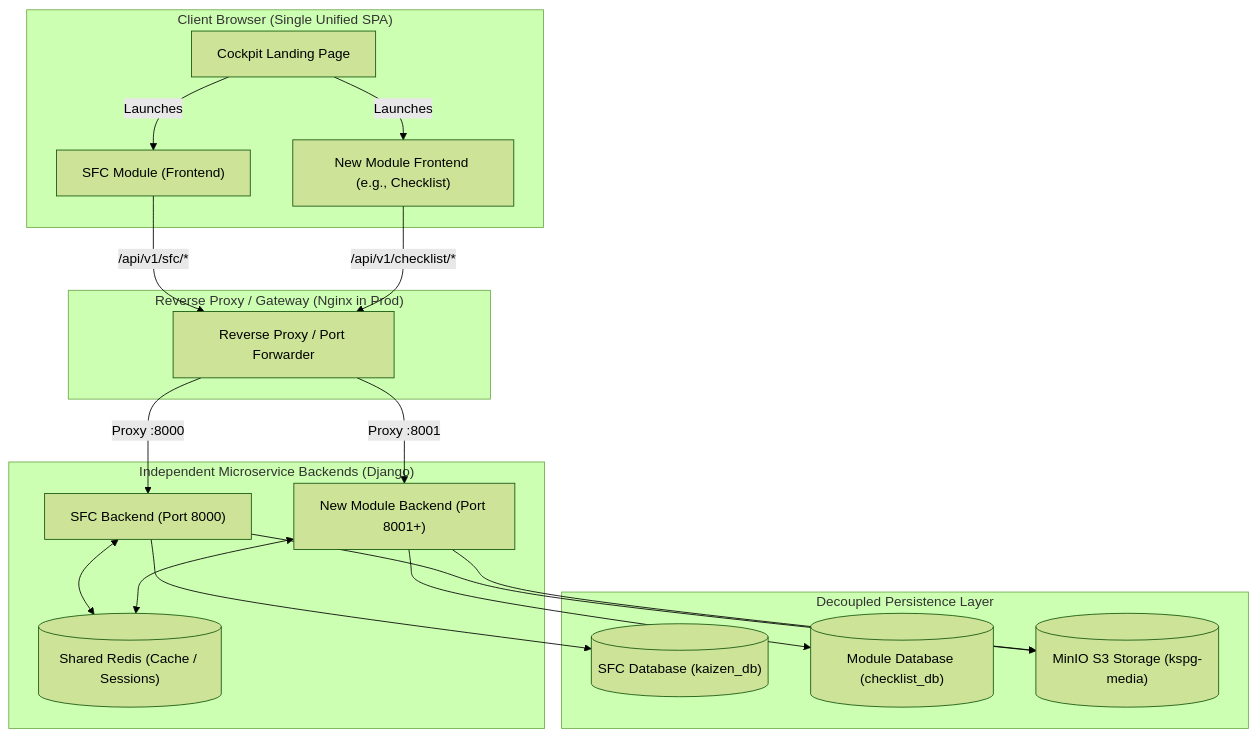
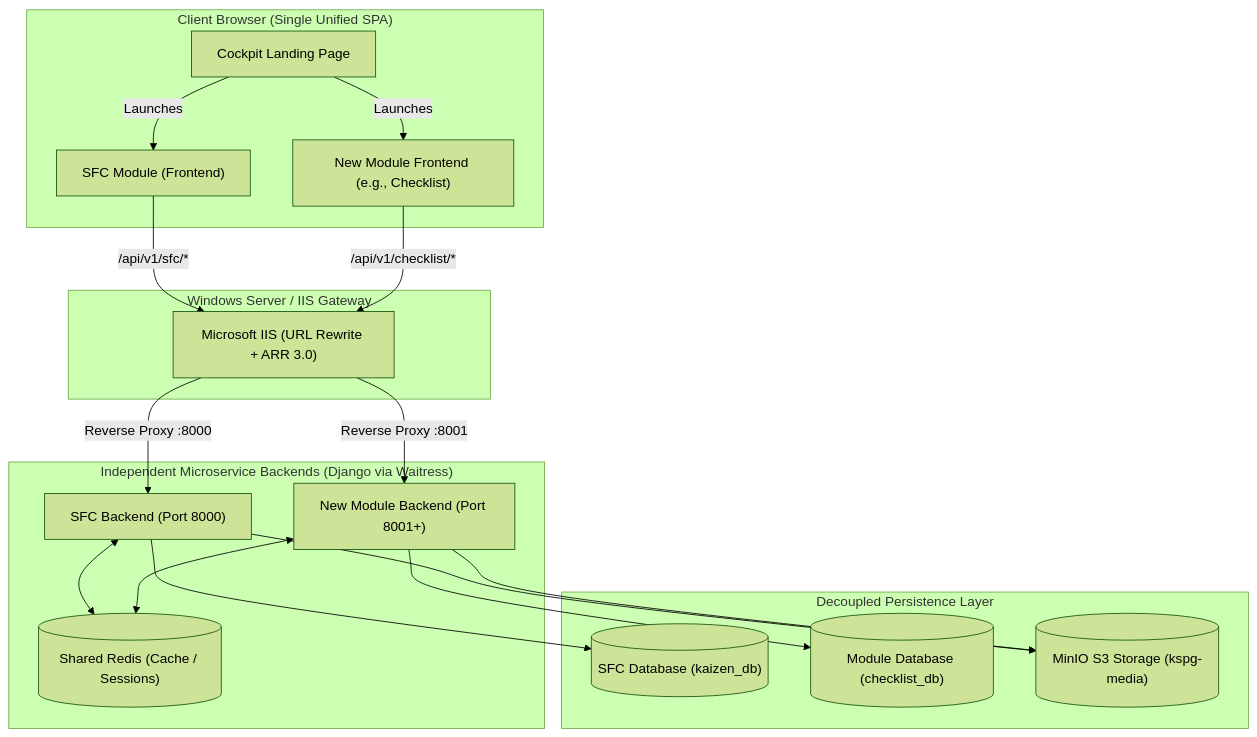
The diagram in MODULE_INTEGRATION_SPEC.md (Swaraj-24112006/KSPGCockpit), drawn with Mermaid (forest theme) before and after one commit. The commit also changed other lines of this file and 11 other files, not shown here.

Commit message:
feat: implement PPSR presentation mode, spec limit graph components, and backend persistence models

````diff
--- a/MODULE_INTEGRATION_SPEC.md
+++ b/MODULE_INTEGRATION_SPEC.md
@@ -14,40 +14,40 @@
 ```mermaid
 graph TD
     subgraph Client ["Client Browser (Single Unified SPA)"]
         Landing["Cockpit Landing Page"]
         SFC_FE["SFC Module (Frontend)"]
         CHK_FE["New Module Frontend (e.g., Checklist)"]
     end
 
-    subgraph Gateway ["Reverse Proxy / Gateway (Nginx in Prod)"]
-        Nginx["Reverse Proxy / Port Forwarder"]
+    subgraph Gateway ["Windows Server / IIS Gateway"]
+        IIS["Microsoft IIS (URL Rewrite + ARR 3.0)"]
     end
 
-    subgraph Backends ["Independent Microservice Backends (Django)"]
+    subgraph Backends ["Independent Microservice Backends (Django via Waitress)"]
         SFC_BE["SFC Backend (Port 8000)"]
         CHK_BE["New Module Backend (Port 8001+)"]
         Redis[("Shared Redis (Cache / Sessions)")]
     end
 
     subgraph Persistence ["Decoupled Persistence Layer"]
         DB1[("SFC Database (kaizen_db)")]
         DB2[("Module Database (checklist_db)")]
         MinIO[("MinIO S3 Storage (kspg-media)")]
     end
 
     Landing -->|Launches| SFC_FE
     Landing -->|Launches| CHK_FE
 
-    SFC_FE -->|/api/v1/sfc/*| Nginx
-    CHK_FE -->|/api/v1/checklist/*| Nginx
+    SFC_FE -->|/api/v1/sfc/*| IIS
+    CHK_FE -->|/api/v1/checklist/*| IIS
 
-    Nginx -->|Proxy :8000| SFC_BE
-    Nginx -->|Proxy :8001| CHK_BE
+    IIS -->|Reverse Proxy :8000| SFC_BE
+    IIS -->|Reverse Proxy :8001| CHK_BE
 
     SFC_BE --> DB1
     CHK_BE --> DB2
     SFC_BE --> MinIO
     CHK_BE --> MinIO
     SFC_BE <--> Redis
     CHK_BE <--> Redis
 ```
````
